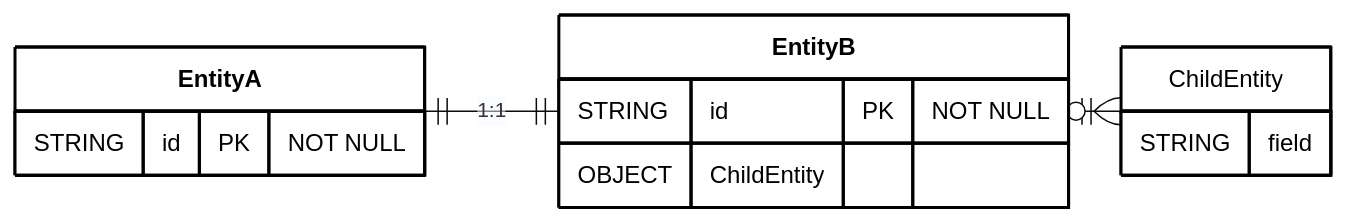
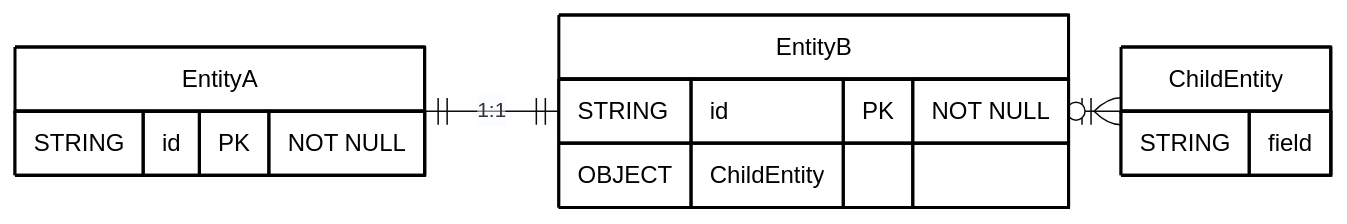
Before and after one commit to pagopa/pn-metrics: the diagram in send_diagrams/data-models/template.mmd, drawn with Mermaid. The commit also changed 1 other file, not shown here.

Commit message:
docs: update template mermaid

```diff
--- a/send_diagrams/data-models/template.mmd
+++ b/send_diagrams/data-models/template.mmd
@@ -1,51 +1,50 @@
 ---
 config:
   layout: elk
   theme: base
 ---
 
 erDiagram
 
     %% diagram version: <VERSION>
 
     %% sources:
-    %% - dc-radd-transaction-entity.yaml
-    %%   id: urn:send:radd-alt:dc-radd-transaction-entity
-    %%   version: 0.0.1
+    %% - data_contract.yaml
+    %%   id: urn:...
+    %%   version: ...
 
     %% CONVENZIONI
-    %% - Entità principali in grassetto (**Entity**)
     %% - PK marcata con PK
     %% - Campi obbligatori marcati con "NOT NULL"
     %% - Array e Object di primo livello modellati come entità separate
     %% - Cardinalità esplicitate nell'etichetta relazione tra entità (1:1, 1:N, 1:0..1)
     %% - Relazioni ordinate dalla root verso gli oggetti figli
 
     Direction LR
 
     %% ENTITÀ PRINCIPALI
 
-    **EntityA** {
+    EntityA {
         STRING id PK "NOT NULL"
     }
 
-    **EntityB** {
+    EntityB {
         STRING id PK "NOT NULL"
         OBJECT ChildEntity
     }
 
 
     ChildEntity {
         STRING field
     }
 
     %% RELAZIONI
 
-    **EntityA** ||--|| **EntityB** : "1:1"
-    **EntityB** ||--o{ ChildEntity : ""
+    EntityA ||--|| EntityB : "1:1"
+    EntityB ||--o{ ChildEntity : ""
 
     %% STILE
 
-    style **EntityA** fill:#FFFFFF,stroke:#000000,stroke-width:2px,color:#000000
-    style **EntityB** fill:#FFFFFF,stroke:#000000,stroke-width:2px,color:#000000
+    style EntityA fill:#FFFFFF,stroke:#000000,stroke-width:2px,color:#000000
+    style EntityB fill:#FFFFFF,stroke:#000000,stroke-width:2px,color:#000000
     style ChildEntity fill:#FFFFFF,stroke:#000000,stroke-width:2px,color:#000000
```
